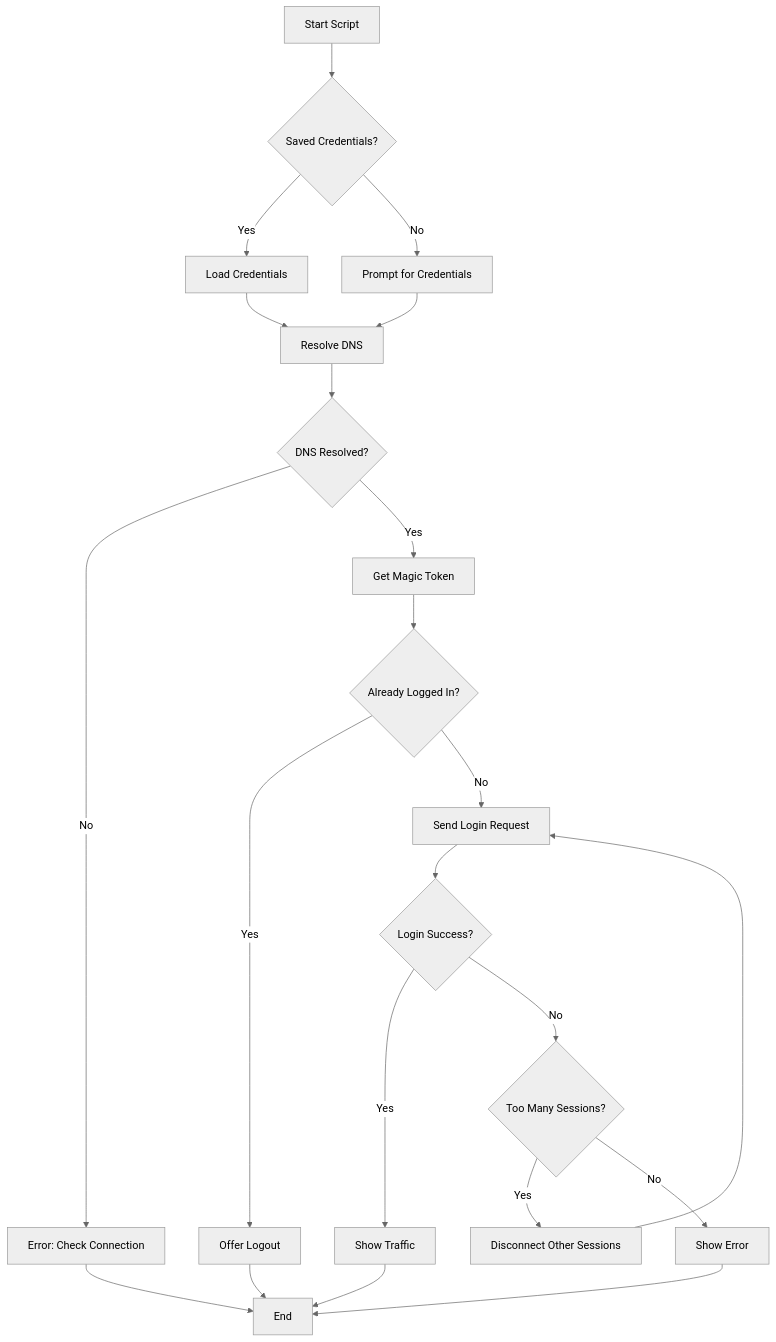
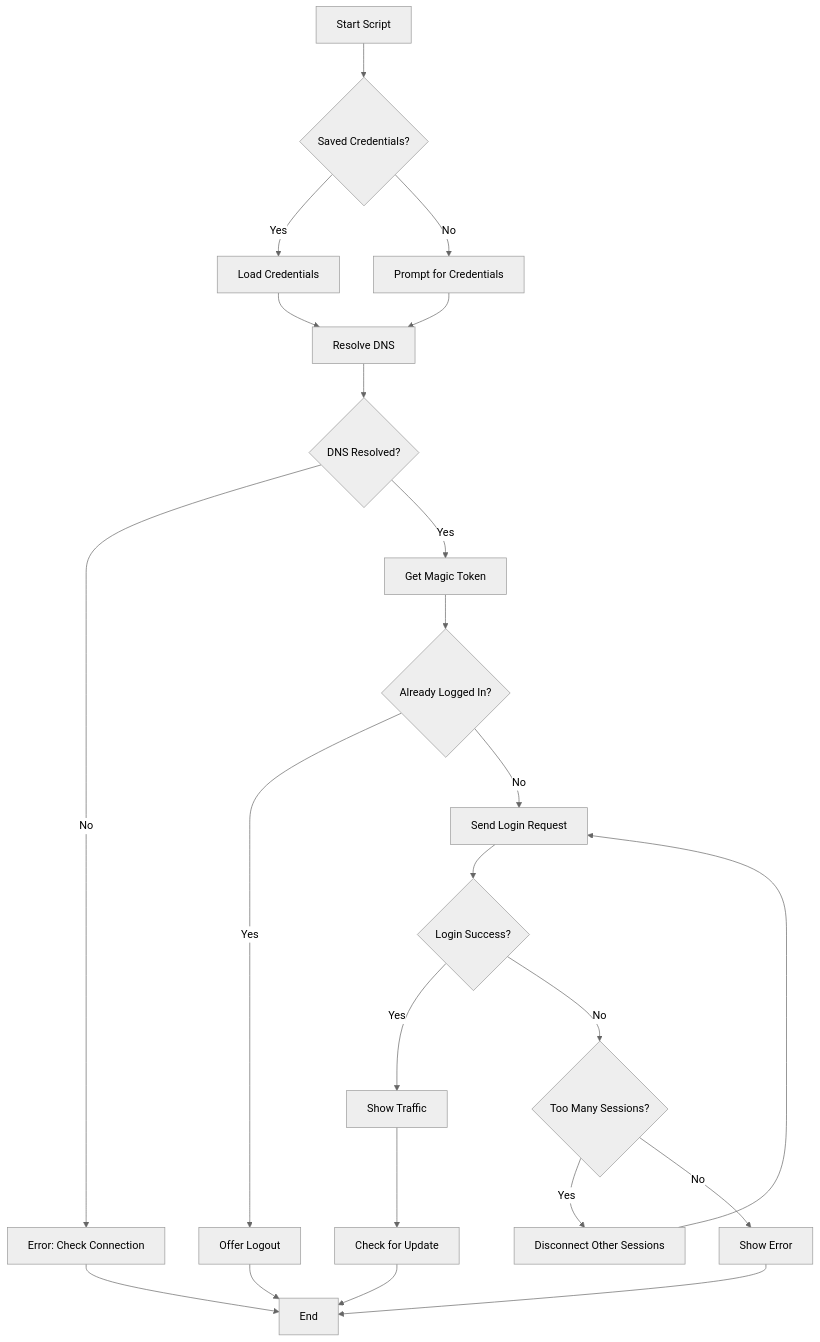
Before and after one commit to MPCodeWriter21/UT-Internet: the diagram in README.md, drawn with Mermaid (neutral theme). The commit also changed other lines of this file and 2 other files, not shown here.

Commit message:
feat: Automatically check for script updates and notify the user.

````diff
--- a/README.md
+++ b/README.md
@@ -166,24 +196,25 @@
 ```mermaid
 graph TD
     A[Start Script] --> B{Saved Credentials?}
     B -->|Yes| C[Load Credentials]
     B -->|No| D[Prompt for Credentials]
     C --> E[Resolve DNS]
     D --> E
     E --> F{DNS Resolved?}
     F -->|No| G[Error: Check Connection]
     F -->|Yes| H[Get Magic Token]
     H --> I{Already Logged In?}
     I -->|Yes| J[Offer Logout]
     I -->|No| K[Send Login Request]
     K --> L{Login Success?}
     L -->|Yes| M[Show Traffic]
     L -->|No| N{Too Many Sessions?}
+    M --> R[Check for Update]
     N -->|Yes| O[Disconnect Other Sessions]
     N -->|No| P[Show Error]
     O --> K
-    M --> Q[End]
+    R --> Q[End]
     J --> Q
     P --> Q
     G --> Q
 ```
````
